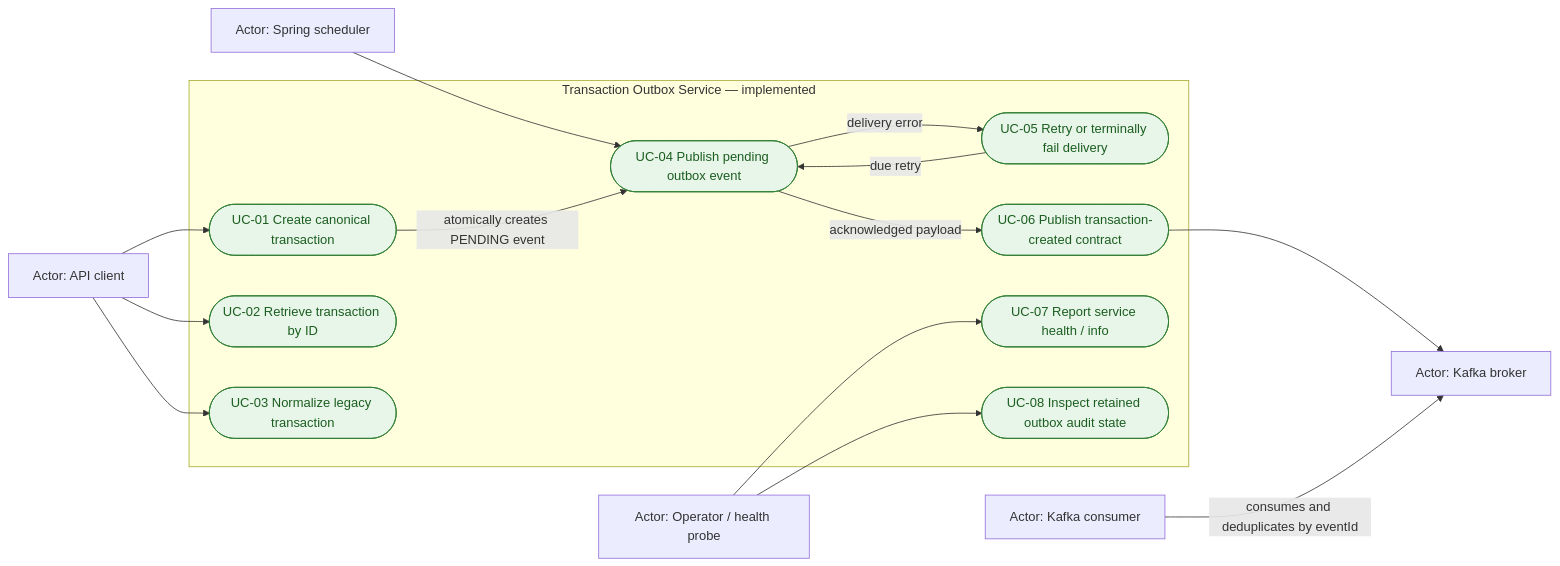
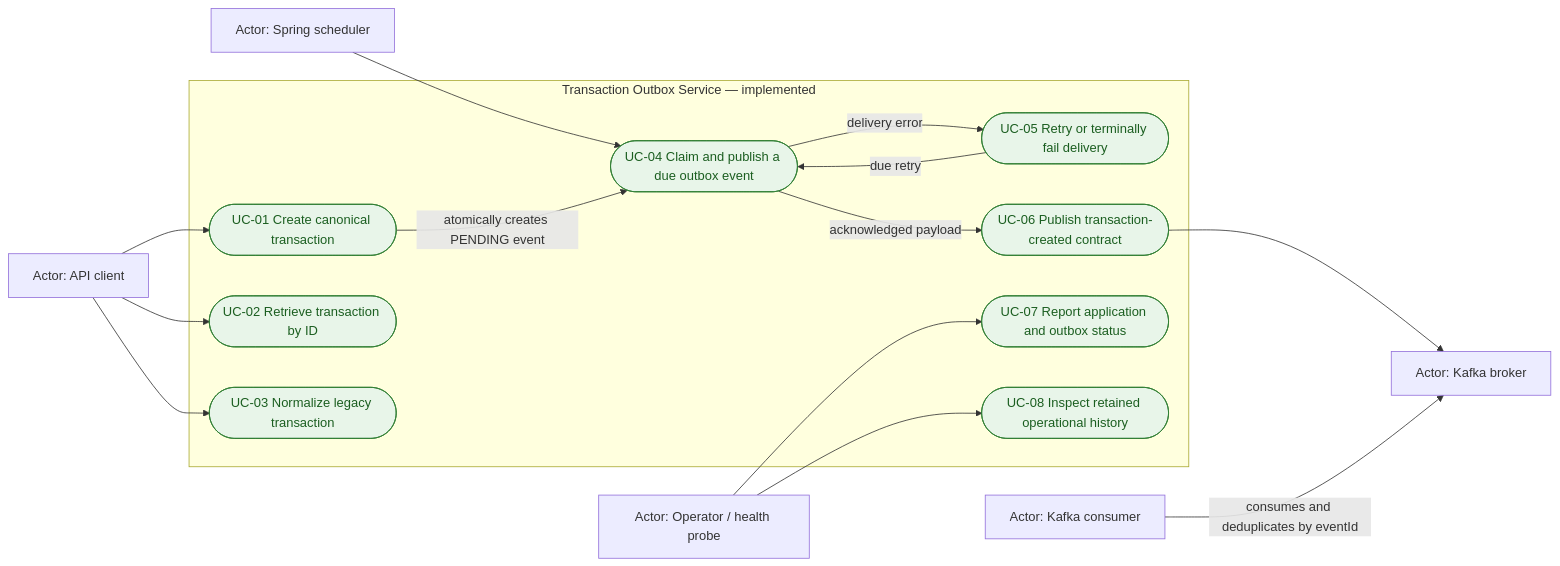
Before and after one commit to tarunngusain08/transaction-outbox-service: the first of 3 diagrams in docs/use-cases.md, drawn with Mermaid. The commit also changed other lines of this file and 62 other files, not shown here.

````diff
--- a/docs/use-cases.md
+++ b/docs/use-cases.md
@@ -17,35 +17,35 @@
 ```mermaid
 flowchart LR
     apiClient["Actor: API client"]
     scheduler["Actor: Spring scheduler"]
     operator["Actor: Operator / health probe"]
     kafkaBroker["Actor: Kafka broker"]
     kafkaConsumer["Actor: Kafka consumer"]
 
     subgraph service["Transaction Outbox Service — implemented"]
         uc01(["UC-01 Create canonical transaction"])
         uc02(["UC-02 Retrieve transaction by ID"])
         uc03(["UC-03 Normalize legacy transaction"])
-        uc04(["UC-04 Publish pending outbox event"])
+        uc04(["UC-04 Claim and publish a due outbox event"])
         uc05(["UC-05 Retry or terminally fail delivery"])
         uc06(["UC-06 Publish transaction-created contract"])
-        uc07(["UC-07 Report service health / info"])
-        uc08(["UC-08 Inspect retained outbox audit state"])
+        uc07(["UC-07 Report application and outbox status"])
+        uc08(["UC-08 Inspect retained operational history"])
     end
 
     apiClient --> uc01
     apiClient --> uc02
     apiClient --> uc03
     scheduler --> uc04
     uc01 -->|atomically creates PENDING event| uc04
     uc04 -->|delivery error| uc05
     uc05 -->|due retry| uc04
     uc04 -->|acknowledged payload| uc06
     uc06 --> kafkaBroker
     kafkaConsumer -->|consumes and deduplicates by eventId| kafkaBroker
     operator --> uc07
     operator --> uc08
 
     classDef implemented fill:#e8f5e9,stroke:#2e7d32,color:#1b5e20;
     class uc01,uc02,uc03,uc04,uc05,uc06,uc07,uc08 implemented;
 ```
````
